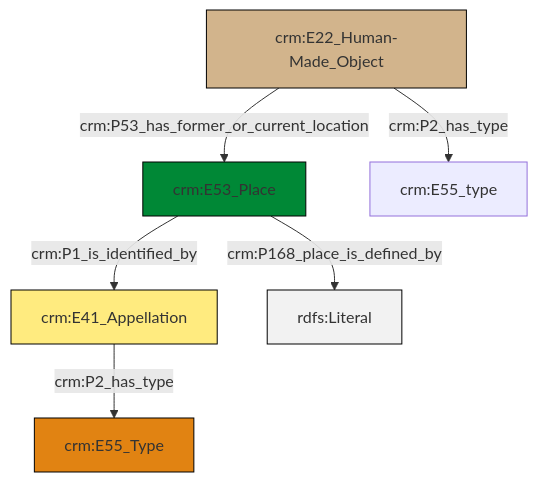
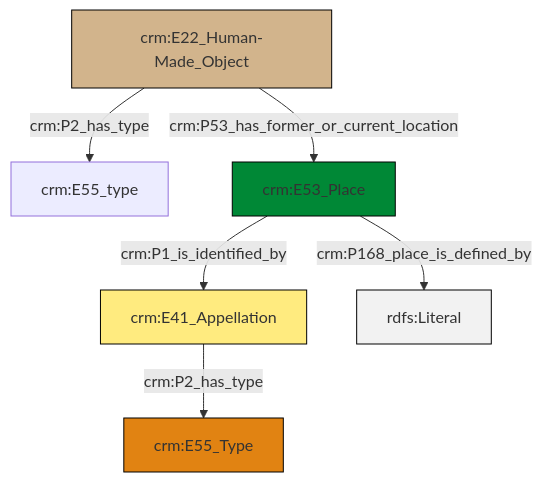
Before and after one commit to swiss-art-research-net/docs.swissartresearch: the diagram in et/builtWorkCSV/ttl/mmd/Built_Work_location.ttl.mmd, drawn with Mermaid. The commit also changed 185 other files, not shown here.

```diff
--- a/et/builtWorkCSV/ttl/mmd/Built_Work_location.ttl.mmd
+++ b/et/builtWorkCSV/ttl/mmd/Built_Work_location.ttl.mmd
@@ -1,20 +1,20 @@
 graph TD
 classDef Literal fill:#f2f2f2,stroke:#000000;
 classDef CRM_Entity fill:#FFFFFF,stroke:#000000;
 classDef Temporal_Entity fill:#00C9E6, stroke:#000000;
 classDef Type fill:#E18312, stroke:#000000;
 classDef Time-Span fill:#2C9C91, stroke:#000000;
 classDef Appellation fill:#FFEB7F, stroke:#000000;
 classDef Place fill:#008836, stroke:#000000;
 classDef Persistent_Item fill:#B266B2, stroke:#000000;
 classDef Conceptual_Object fill:#FFD700, stroke:#000000;
 classDef Physical_Thing fill:#D2B48C, stroke:#000000;
 classDef Actor fill:#f58aad, stroke:#000000;
 classDef PC_Classes fill:#4ce600, stroke:#000000;
 classDef Multi fill:#cccccc,stroke:#000000;
 
-2["crm:E53_Place"]:::Place -->|crm:P1_is_identified_by| 0["crm:E41_Appellation"]:::Appellation
-0["crm:E41_Appellation"]:::Appellation -->|crm:P2_has_type| 4["crm:E55_Type"]:::Type
-8["crm:E22_Human-Made_Object"]:::Physical_Thing -->|crm:P2_has_type| 5["crm:E55_type"]:::Default
-2["crm:E53_Place"]:::Place -->|crm:P168_place_is_defined_by| 11[rdfs:Literal]:::Literal
-8["crm:E22_Human-Made_Object"]:::Physical_Thing -->|crm:P53_has_former_or_current_location| 2["crm:E53_Place"]:::Place
+0["crm:E41_Appellation"]:::Appellation -->|crm:P2_has_type| 1["crm:E55_Type"]:::Type
+2["crm:E22_Human-Made_Object"]:::Physical_Thing -->|crm:P2_has_type| 4["crm:E55_type"]:::Default
+6["crm:E53_Place"]:::Place -->|crm:P1_is_identified_by| 0["crm:E41_Appellation"]:::Appellation
+2["crm:E22_Human-Made_Object"]:::Physical_Thing -->|crm:P53_has_former_or_current_location| 6["crm:E53_Place"]:::Place
+6["crm:E53_Place"]:::Place -->|crm:P168_place_is_defined_by| 11[rdfs:Literal]:::Literal
```
